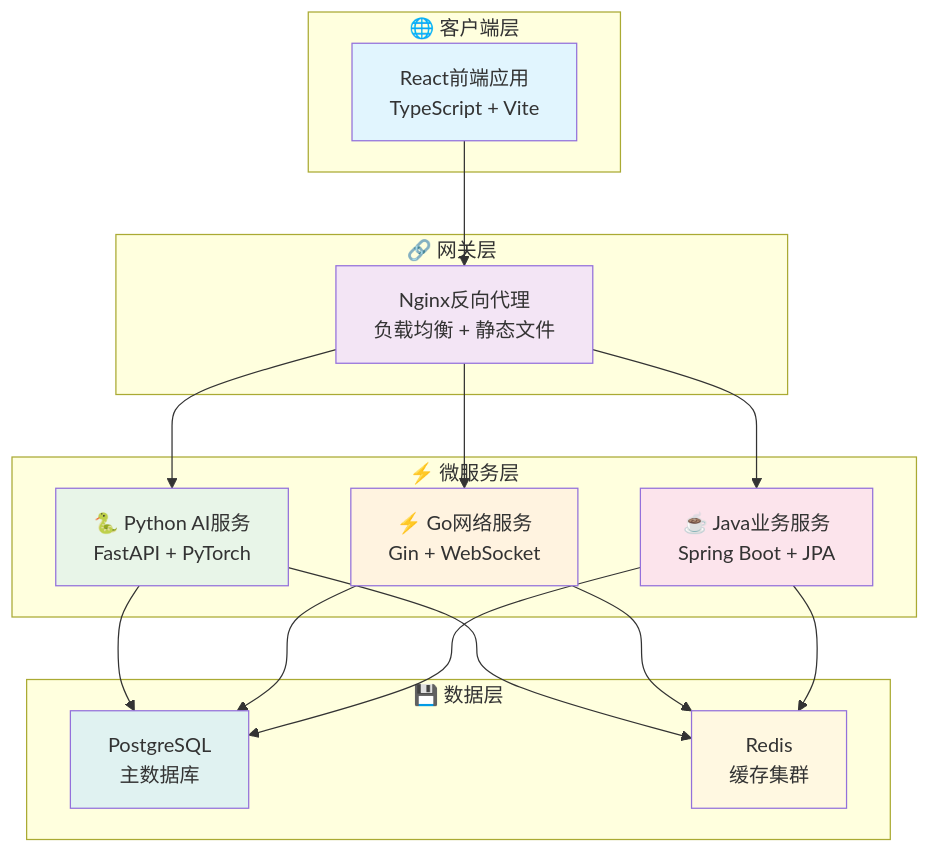
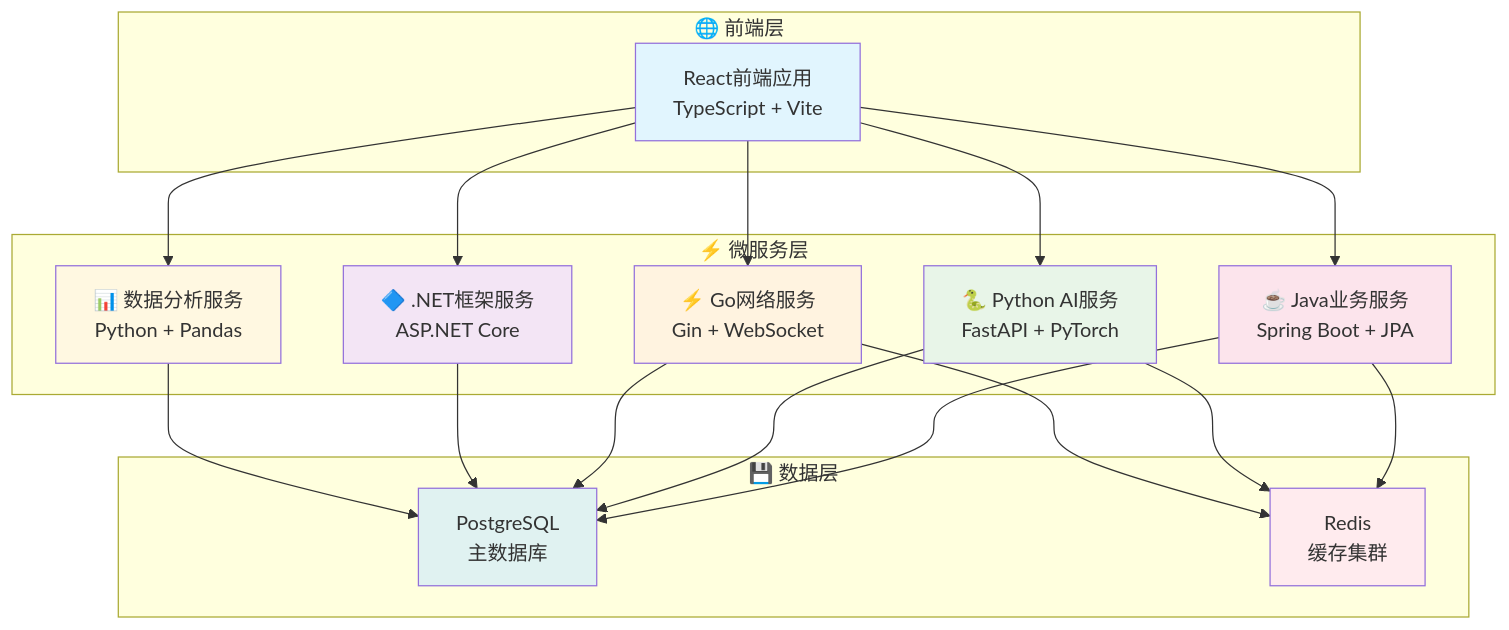
The diagram in README.md (JN-TechCenter/VSS), drawn with Mermaid before and after one commit. The commit also changed other lines of this file, not shown here.

````diff
--- a/README.md
+++ b/README.md
@@ -46,42 +46,44 @@
 ```mermaid
 graph TB
-    subgraph "🌐 客户端层"
+    subgraph "🌐 前端层"
         A[React前端应用<br/>TypeScript + Vite]
     end
     
-    subgraph "🔗 网关层"
-        B[Nginx反向代理<br/>负载均衡 + 静态文件]
-    end
-    
     subgraph "⚡ 微服务层"
+        B[☕ Java业务服务<br/>Spring Boot + JPA]
         C[🐍 Python AI服务<br/>FastAPI + PyTorch]
         D[⚡ Go网络服务<br/>Gin + WebSocket]
-        E[☕ Java业务服务<br/>Spring Boot + JPA]
+        E[🔷 .NET框架服务<br/>ASP.NET Core]
+        F[📊 数据分析服务<br/>Python + Pandas]
     end
     
     subgraph "💾 数据层"
-        F[PostgreSQL<br/>主数据库]
-        G[Redis<br/>缓存集群]
+        G[PostgreSQL<br/>主数据库]
+        H[Redis<br/>缓存集群]
     end
     
     A --> B
-    B --> C
-    B --> D  
-    B --> E
+    A --> C
+    A --> D
+    A --> E
+    A --> F
     
-    C --> F
-    D --> F
-    E --> F
-    
+    B --> G
     C --> G
     D --> G
     E --> G
+    F --> G
+    
+    B --> H
+    C --> H
+    D --> H
     
     style A fill:#e1f5fe
-    style B fill:#f3e5f5
+    style B fill:#fce4ec
     style C fill:#e8f5e8
     style D fill:#fff3e0
-    style E fill:#fce4ec
-    style F fill:#e0f2f1
-    style G fill:#fff8e1
+    style E fill:#f3e5f5
+    style F fill:#fff8e1
+    style G fill:#e0f2f1
+    style H fill:#ffebee
 ```
````
